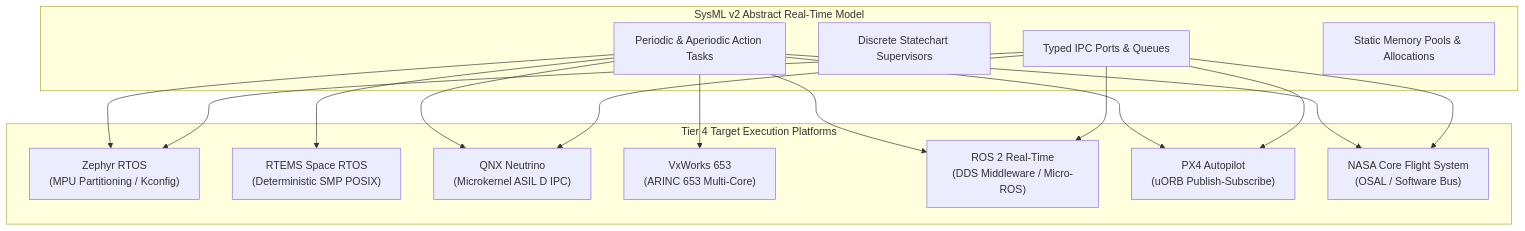
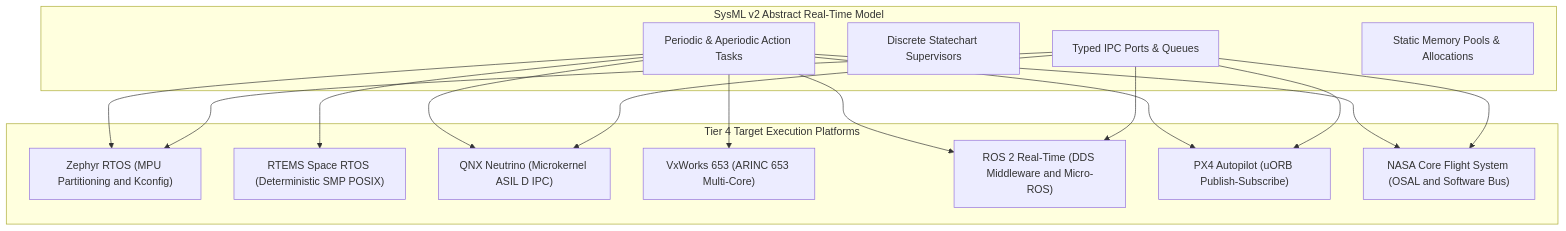
The eighth of 10 diagrams in docs/architecture/blueprints/DEAP_MULTI_TOOLCHAIN_SYNTHESIS_ARCHITECTURE.md (gintatkinson/DEAP-spec-core), drawn with Mermaid before and after one commit. The commit also changed other lines of this file and 15 other files, not shown here.

````diff
--- a/docs/architecture/blueprints/DEAP_MULTI_TOOLCHAIN_SYNTHESIS_ARCHITECTURE.md
+++ b/docs/architecture/blueprints/DEAP_MULTI_TOOLCHAIN_SYNTHESIS_ARCHITECTURE.md
@@ -590,40 +589,33 @@
 ```mermaid
 flowchart TD
     subgraph SysML_Execution_Front ["SysML v2 Abstract Real-Time Model"]
         Tasks["Periodic & Aperiodic Action Tasks"]
         State_Supervisors["Discrete Statechart Supervisors"]
         IPC_Ports["Typed IPC Ports & Queues"]
         Memory_Bounds["Static Memory Pools & Allocations"]
     end
 
     subgraph Tier4_Targets ["Tier 4 Target Execution Platforms"]
-        T4_Zephyr["Zephyr RTOS
-(MPU Partitioning / Kconfig)"]
-        T4_RTEMS["RTEMS Space RTOS
-(Deterministic SMP POSIX)"]
-        T4_QNX["QNX Neutrino
-(Microkernel ASIL D IPC)"]
-        T4_VxWorks["VxWorks 653
-(ARINC 653 Multi-Core)"]
-        T4_ROS2["ROS 2 Real-Time
-(DDS Middleware / Micro-ROS)"]
-        T4_PX4["PX4 Autopilot
-(uORB Publish-Subscribe)"]
-        T4_cFS["NASA Core Flight System
-(OSAL / Software Bus)"]
+        T4_Zephyr["Zephyr RTOS (MPU Partitioning and Kconfig)"]
+        T4_RTEMS["RTEMS Space RTOS (Deterministic SMP POSIX)"]
+        T4_QNX["QNX Neutrino (Microkernel ASIL D IPC)"]
+        T4_VxWorks["VxWorks 653 (ARINC 653 Multi-Core)"]
+        T4_ROS2["ROS 2 Real-Time (DDS Middleware and Micro-ROS)"]
+        T4_PX4["PX4 Autopilot (uORB Publish-Subscribe)"]
+        T4_cFS["NASA Core Flight System (OSAL and Software Bus)"]
     end
 
     Tasks --> T4_Zephyr
     Tasks --> T4_RTEMS
     Tasks --> T4_QNX
     Tasks --> T4_VxWorks
     Tasks --> T4_ROS2
     Tasks --> T4_PX4
     Tasks --> T4_cFS
 
     IPC_Ports --> T4_Zephyr
     IPC_Ports --> T4_QNX
     IPC_Ports --> T4_ROS2
     IPC_Ports --> T4_PX4
     IPC_Ports --> T4_cFS
 ```
````
